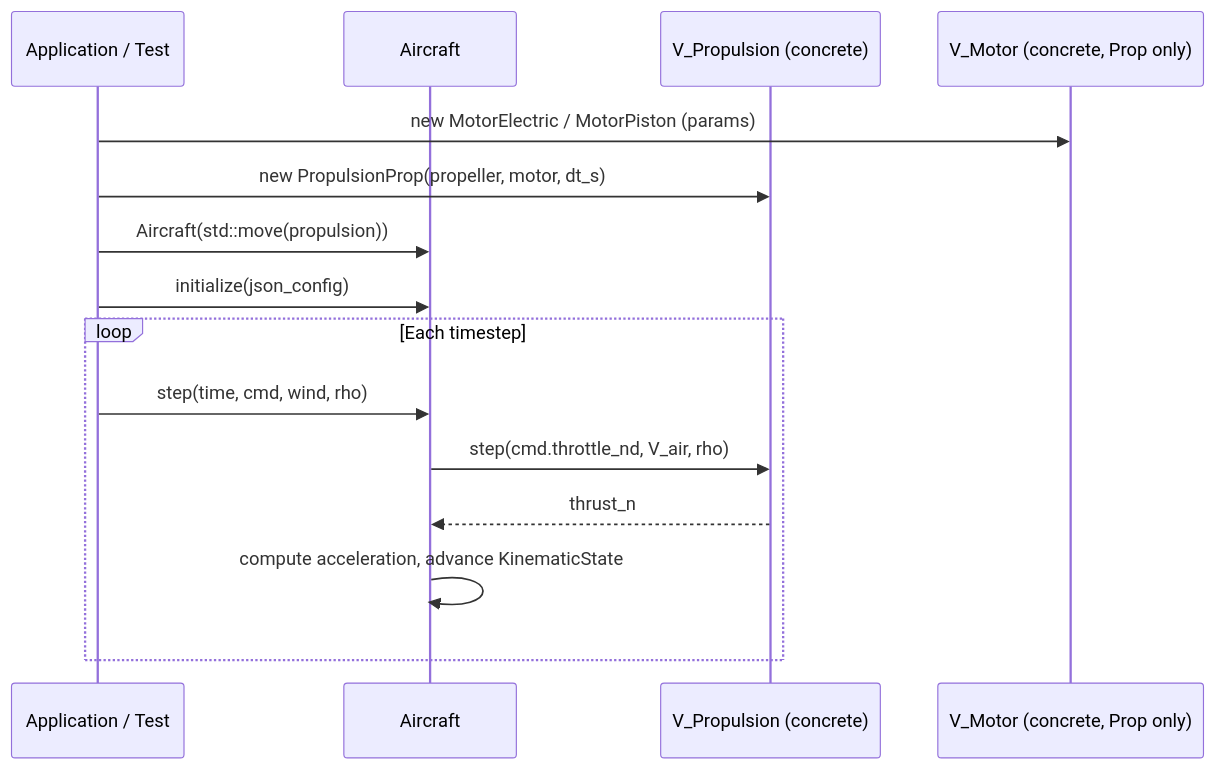
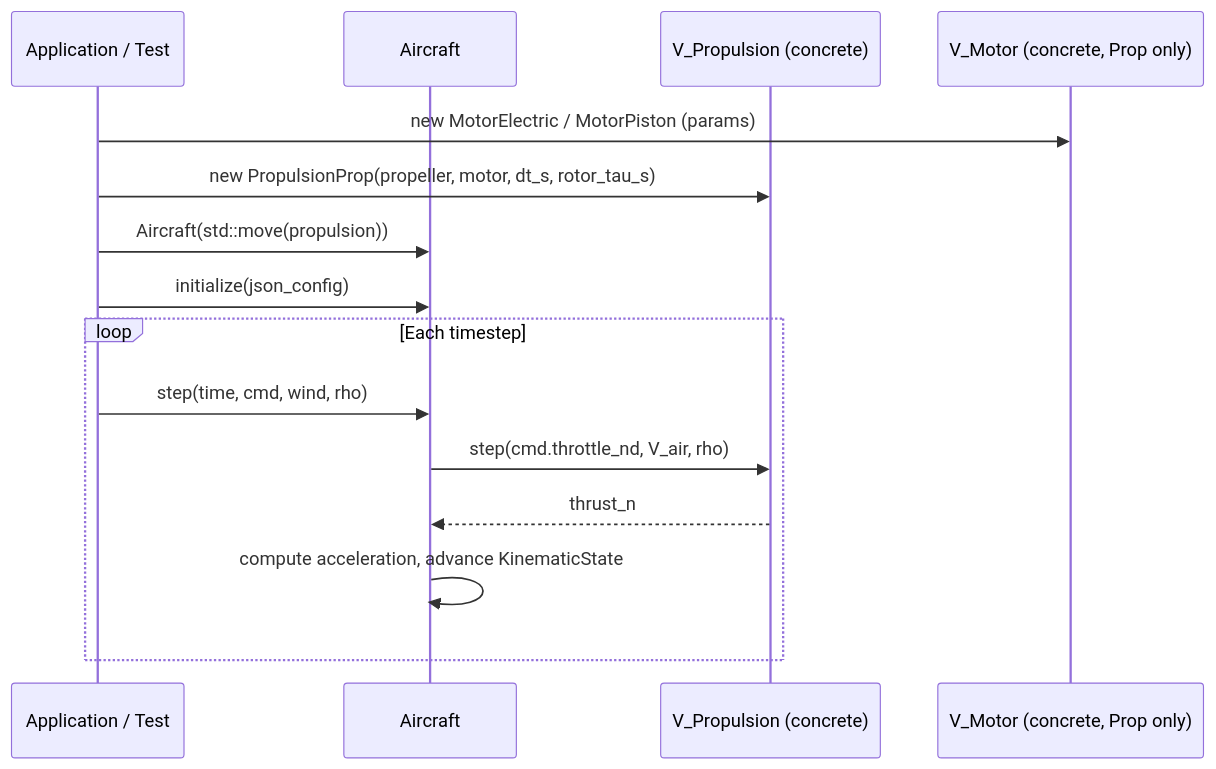
One commit to yJjDoAZuae/liteaero-sim changed the fourth of 4 diagrams in docs/architecture/propulsion.md. Above: the diagram before and after it, drawn with Mermaid. The commit also changed other lines of this file and 23 other files, not shown here.

````diff
--- a/docs/architecture/propulsion.md
+++ b/docs/architecture/propulsion.md
@@ -1112,19 +1137,19 @@
 ```mermaid
 sequenceDiagram
     participant App  as Application / Test
     participant AC   as Aircraft
     participant PP   as V_Propulsion (concrete)
     participant MOT  as V_Motor (concrete, Prop only)
 
     App ->> MOT : new MotorElectric / MotorPiston (params)
-    App ->> PP  : new PropulsionProp(propeller, motor, dt_s)
+    App ->> PP  : new PropulsionProp(propeller, motor, dt_s, rotor_tau_s)
     App ->> AC  : Aircraft(std::move(propulsion))
     App ->> AC  : initialize(json_config)
 
     loop Each timestep
         App  ->> AC   : step(time, cmd, wind, rho)
         AC   ->> PP   : step(cmd.throttle_nd, V_air, rho)
         PP  -->> AC   : thrust_n
         AC   ->> AC   : compute acceleration, advance KinematicState
     end
 ```
````
